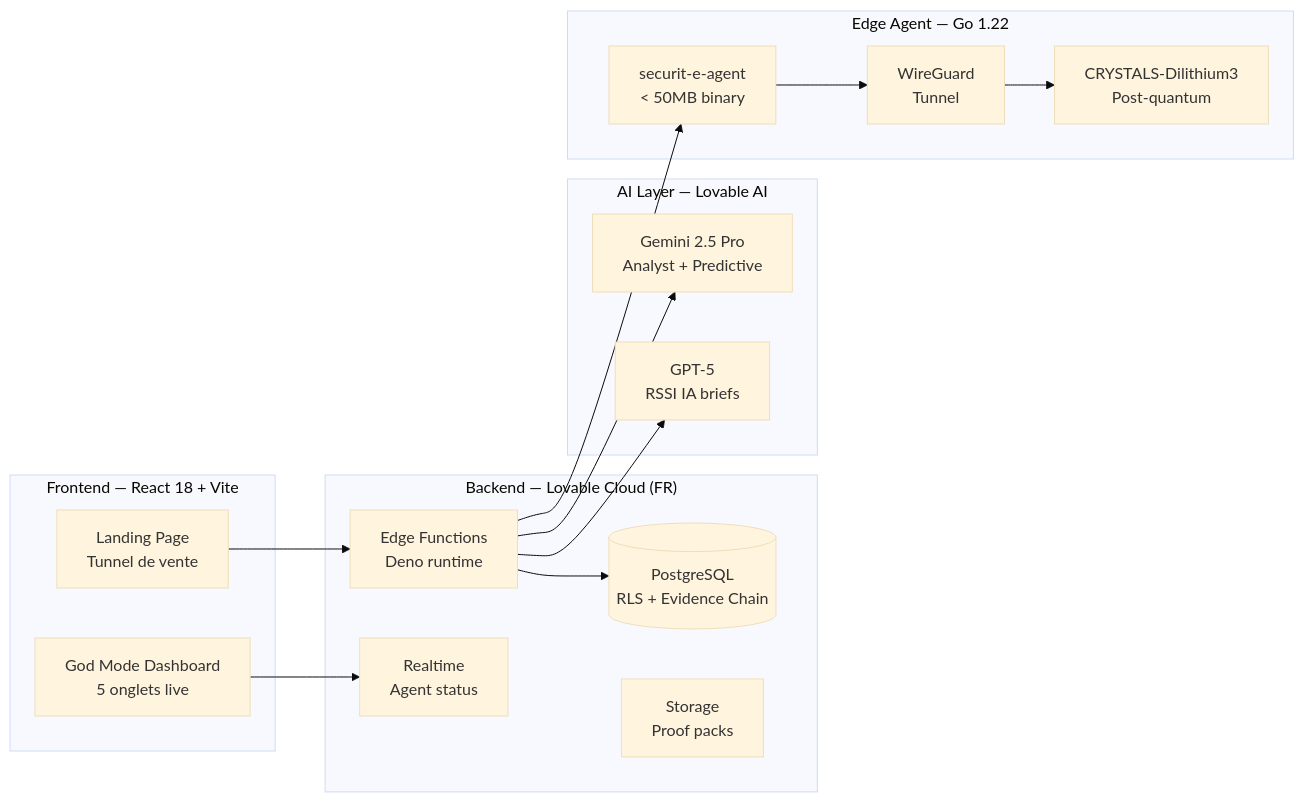
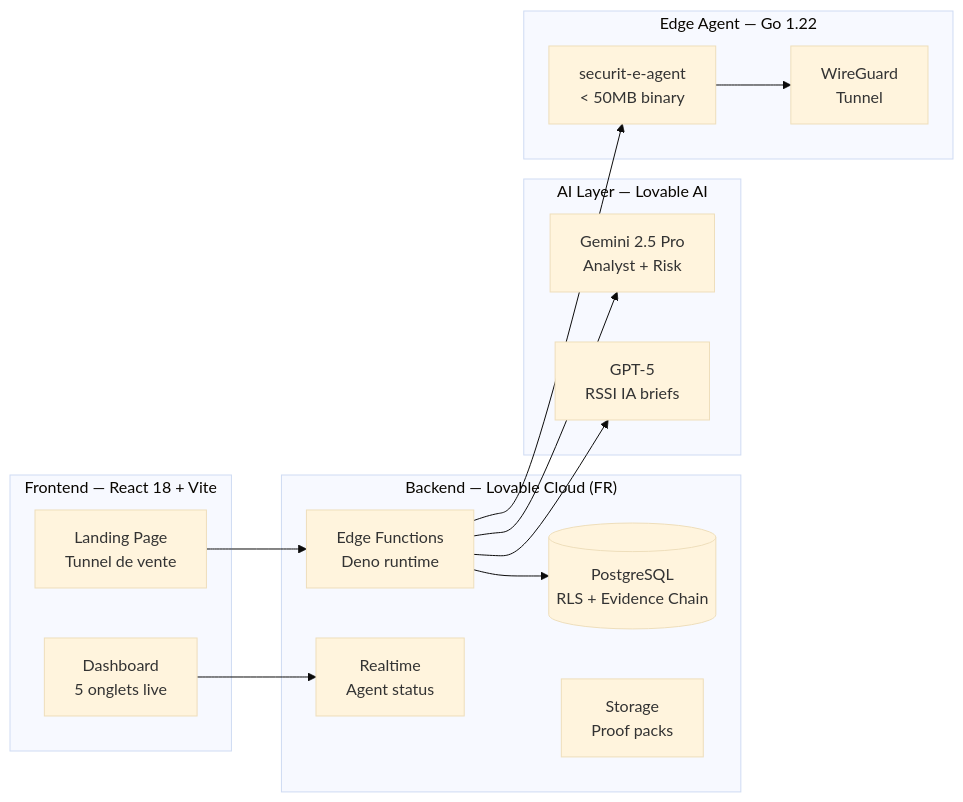
One commit to lemoalvivien-cmyk/edge-proof-keeper changed the third of 3 diagrams in README.md. Above: the diagram before and after it, drawn with Mermaid (base theme). The commit also changed other lines of this file and 2 other files, not shown here.

````diff
--- a/README.md
+++ b/README.md
@@ -118,32 +118,31 @@
 ```mermaid
 graph LR
     subgraph "Frontend — React 18 + Vite"
         UI["Landing Page<br/>Tunnel de vente"]
-        DASH["God Mode Dashboard<br/>5 onglets live"]
+        DASH["Dashboard<br/>5 onglets live"]
     end
 
     subgraph "Backend — Lovable Cloud (FR)"
         DB[("PostgreSQL<br/>RLS + Evidence Chain")]
         EF["Edge Functions<br/>Deno runtime"]
         RT["Realtime<br/>Agent status"]
         ST["Storage<br/>Proof packs"]
     end
 
     subgraph "AI Layer — Lovable AI"
-        G25["Gemini 2.5 Pro<br/>Analyst + Predictive"]
+        G25["Gemini 2.5 Pro<br/>Analyst + Risk"]
         GPT5["GPT-5<br/>RSSI IA briefs"]
     end
 
     subgraph "Edge Agent — Go 1.22"
         AG["securit-e-agent<br/>< 50MB binary"]
         WG["WireGuard<br/>Tunnel"]
-        PQ["CRYSTALS-Dilithium3<br/>Post-quantum"]
     end
 
     UI --> EF
     DASH --> RT
     EF --> DB
     EF --> G25 & GPT5
     EF --> AG
-    AG --> WG --> PQ
+    AG --> WG
 ```
````
